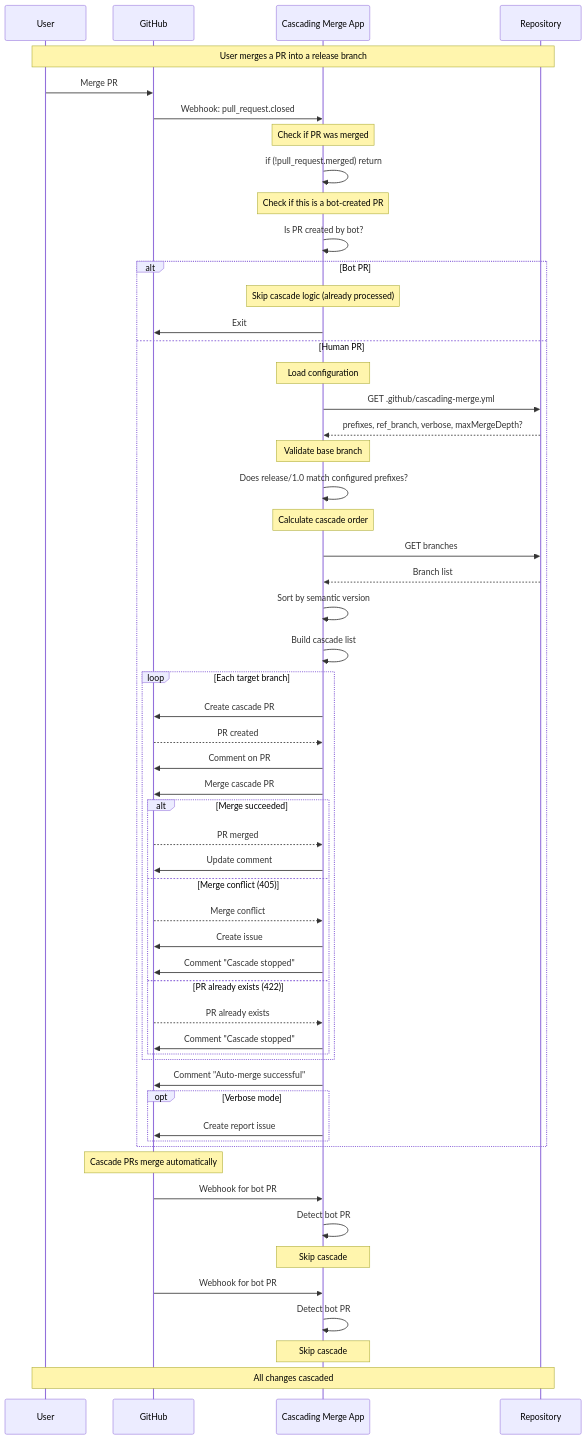
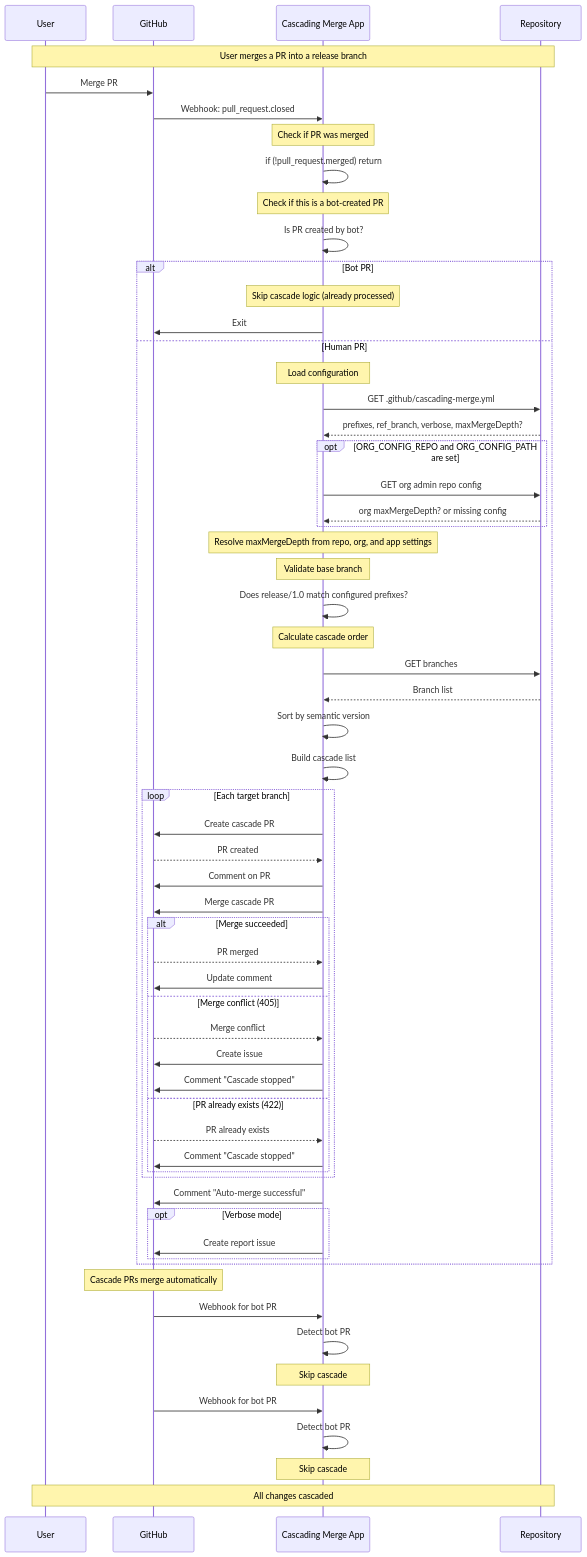
One commit to jefeish/cascading-merge-app changed the first of 2 diagrams in docs/cascade-sequence.md. Above: the diagram before and after it, drawn with Mermaid. The commit also changed other lines of this file and 15 other files, not shown here.

Commit message:
adding admin-repo option

````diff
--- a/docs/cascade-sequence.md
+++ b/docs/cascade-sequence.md
@@ -7,75 +7,82 @@
 ```mermaid
 sequenceDiagram
     participant User
     participant GitHub
     participant App as Cascading Merge App
     participant Repo as Repository
 
     Note over User,Repo: User merges a PR into a release branch
 
     User->>GitHub: Merge PR #100 into release/1.0
     GitHub->>App: Webhook: pull_request.closed
 
     Note over App: Check if PR was merged
     App->>App: if (!pull_request.merged) return
 
     Note over App: Check if this is a bot-created PR
     App->>App: Is PR created by bot?
 
     alt Bot PR
         Note over App: Skip cascade logic (already processed)
         App->>GitHub: Exit
     else Human PR
         Note over App: Load configuration
         App->>Repo: GET .github/cascading-merge.yml
         Repo-->>App: prefixes, ref_branch, verbose, maxMergeDepth?
+
+        opt ORG_CONFIG_REPO and ORG_CONFIG_PATH are set
+            App->>Repo: GET org admin repo config
+            Repo-->>App: org maxMergeDepth? or missing config
+        end
+
+        Note over App: Resolve maxMergeDepth from repo, org, and app settings
 
         Note over App: Validate base branch
         App->>App: Does release/1.0 match configured prefixes?
 
         Note over App: Calculate cascade order
         App->>Repo: GET branches
         Repo-->>App: Branch list
         App->>App: Sort by semantic version
         App->>App: Build cascade list
 
         loop Each target branch
             App->>GitHub: Create cascade PR
             GitHub-->>App: PR created
 
             App->>GitHub: Comment on PR #100
 
             App->>GitHub: Merge cascade PR
 
             alt Merge succeeded
                 GitHub-->>App: PR merged
                 App->>GitHub: Update comment
             else Merge conflict (405)
                 GitHub-->>App: Merge conflict
                 App->>GitHub: Create issue
                 App->>GitHub: Comment "Cascade stopped"
             else PR already exists (422)
                 GitHub-->>App: PR already exists
                 App->>GitHub: Comment "Cascade stopped"
             end
         end
 
         App->>GitHub: Comment "Auto-merge successful"
 
         opt Verbose mode
             App->>GitHub: Create report issue
         end
     end
 
     Note over GitHub: Cascade PRs merge automatically
 
     GitHub->>App: Webhook for bot PR #101
     App->>App: Detect bot PR
     Note over App: Skip cascade
 
     GitHub->>App: Webhook for bot PR #102
     App->>App: Detect bot PR
     Note over App: Skip cascade
 
     Note over User,Repo: All changes cascaded
 ```
````
